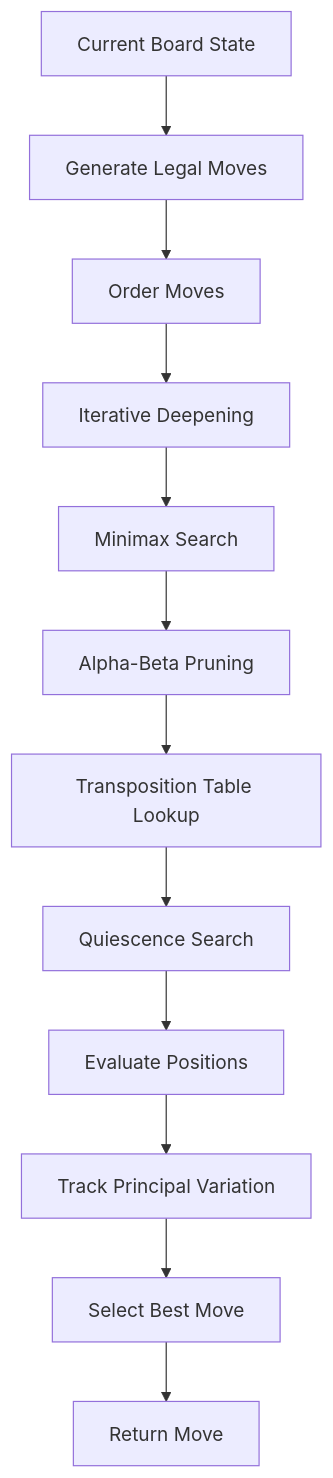
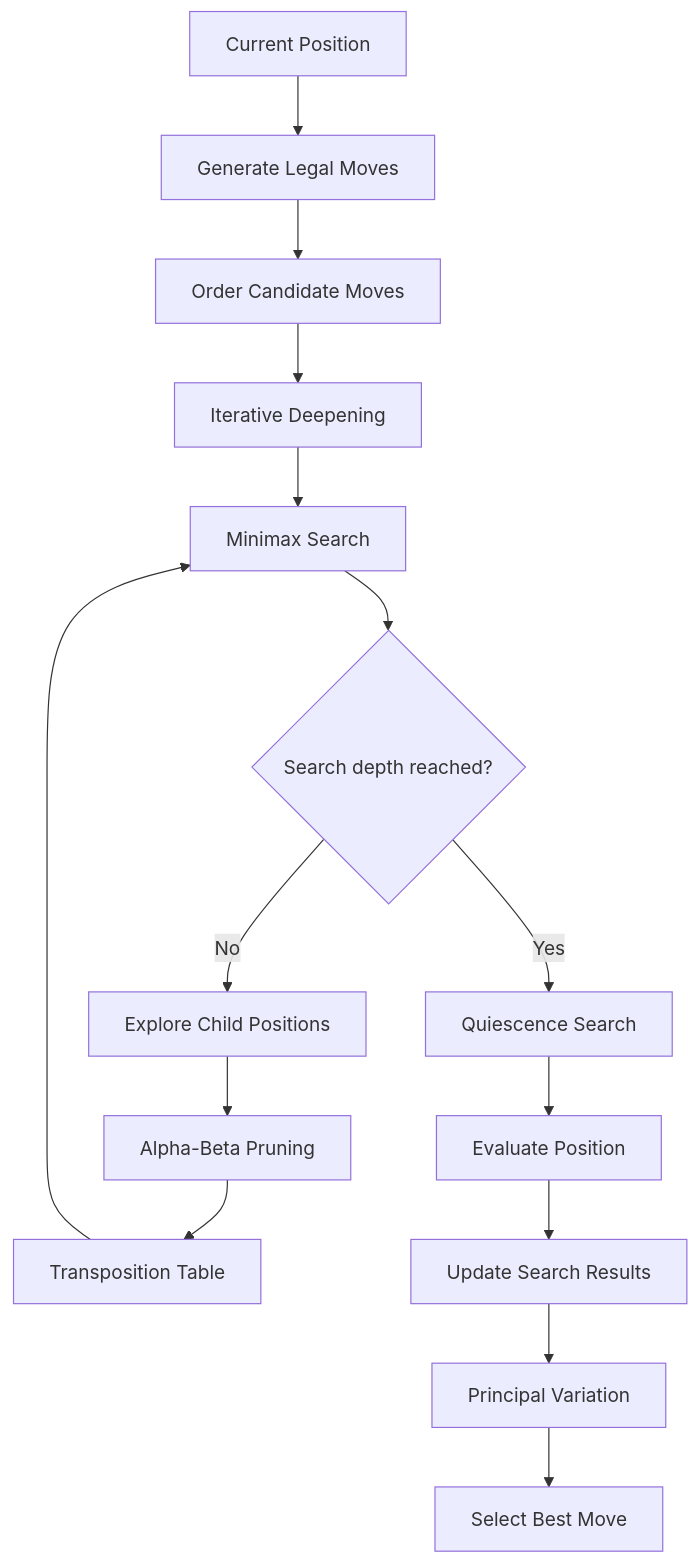
Before and after one commit to Nomusa990822/Chess-AI: the second of 2 diagrams in README.md, drawn with Mermaid. The commit also changed other lines of this file, not shown here.

````diff
--- a/README.md
+++ b/README.md
@@ -141,18 +188,22 @@
 ```mermaid
 flowchart TD
-    A[Current Board State] --> B[Generate Legal Moves]
-    B --> C[Order Moves]
+    A["Current Position"] --> B["Generate Legal Moves"]
+    B --> C["Order Candidate Moves"]
+    C --> D["Iterative Deepening"]
 
-    C --> D[Iterative Deepening]
-    D --> E[Minimax Search]
+    D --> E["Minimax Search"]
+    E --> F{"Search depth reached?"}
 
-    E --> F[Alpha-Beta Pruning]
-    F --> G[Transposition Table Lookup]
+    F -->|No| G["Explore Child Positions"]
+    G --> H["Alpha-Beta Pruning"]
+    H --> I["Transposition Table"]
 
-    G --> H[Quiescence Search]
-    H --> I[Evaluate Positions]
+    I --> E
 
-    I --> J[Track Principal Variation]
-    J --> K[Select Best Move]
-    K --> L[Return Move]
+    F -->|Yes| J["Quiescence Search"]
+    J --> K["Evaluate Position"]
+
+    K --> L["Update Search Results"]
+    L --> M["Principal Variation"]
+    M --> N["Select Best Move"]
 ```
````
